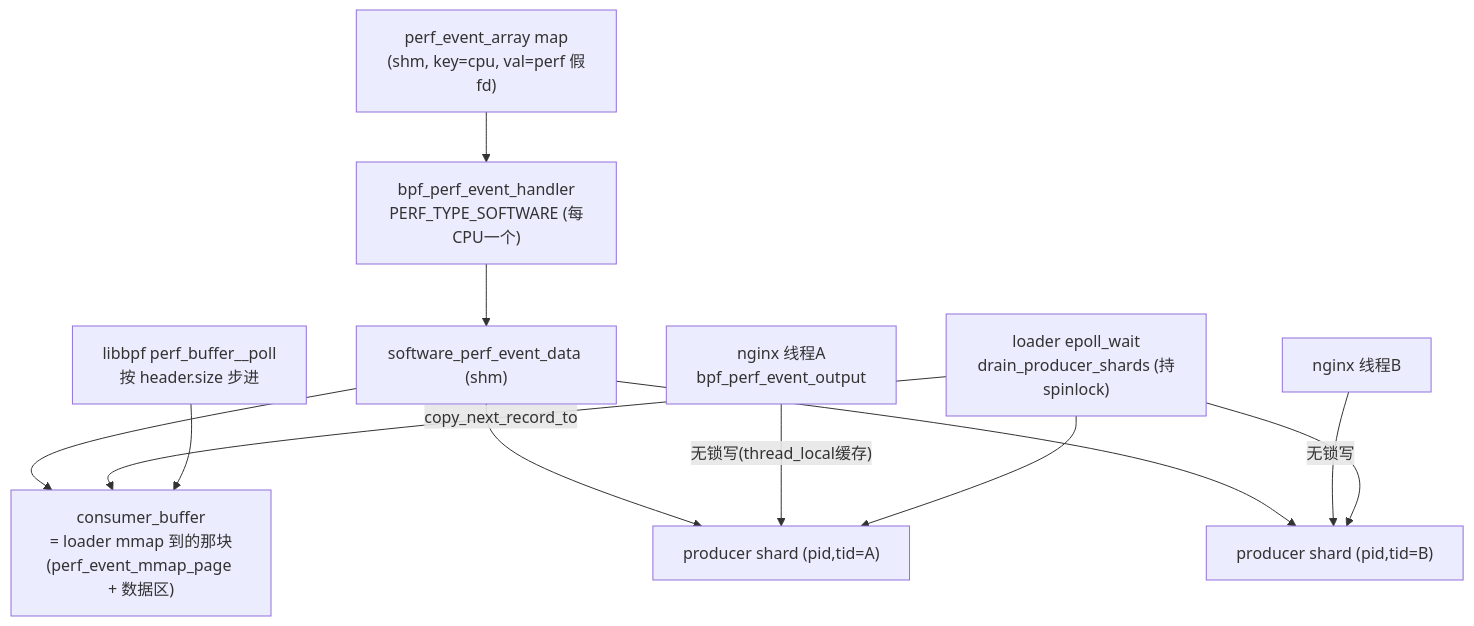
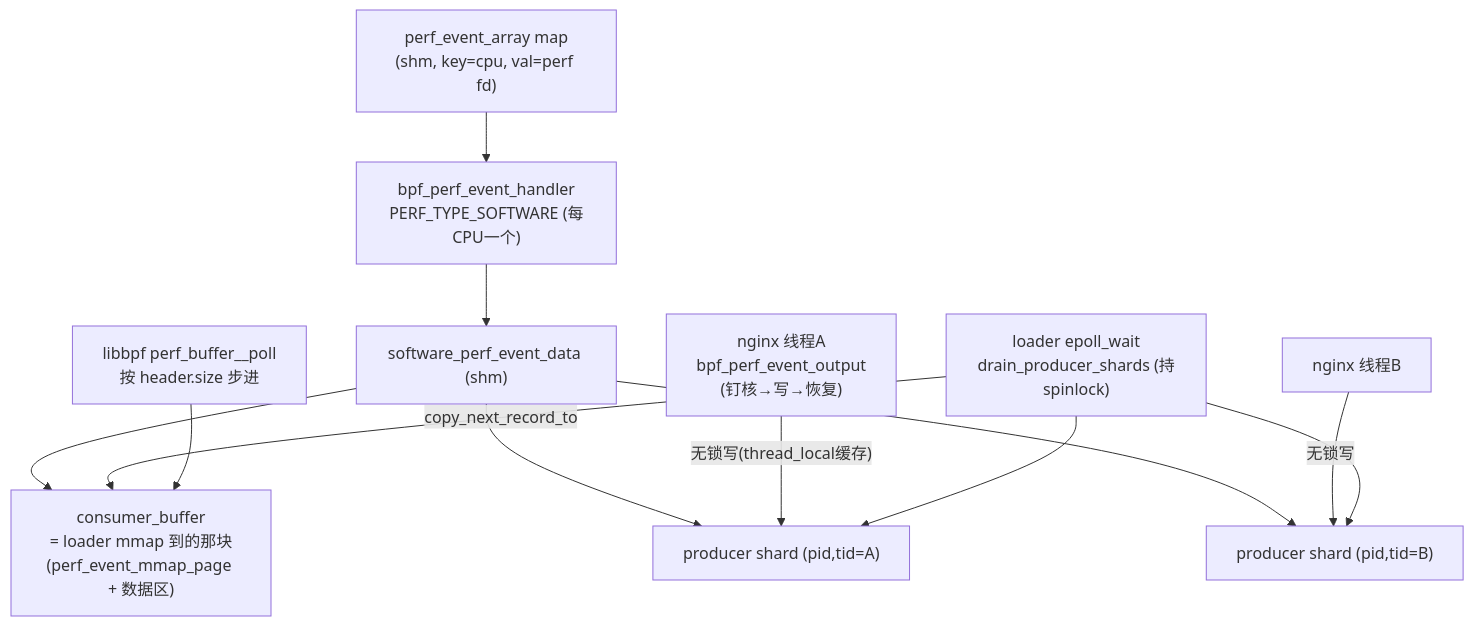
The second of 2 diagrams in 01-lifecycle.md (plsy1/bpftime-benchmark), drawn with Mermaid before and after one commit. The commit also changed other lines of this file and 9 other files, not shown here.

````diff
--- a/01-lifecycle.md
+++ b/01-lifecycle.md
@@ -415,14 +628,14 @@
 ```mermaid
 graph TD
-    PEA["perf_event_array map<br/>(shm, key=cpu, val=perf 假fd)"] --> H["bpf_perf_event_handler<br/>PERF_TYPE_SOFTWARE (每CPU一个)"]
+    PEA["perf_event_array map<br/>(shm, key=cpu, val=perf fd)"] --> H["bpf_perf_event_handler<br/>PERF_TYPE_SOFTWARE (每CPU一个)"]
     H --> D["software_perf_event_data (shm)"]
     D --> CB["consumer_buffer<br/>= loader mmap 到的那块<br/>(perf_event_mmap_page + 数据区)"]
     D --> S1["producer shard (pid,tid=A)"]
     D --> S2["producer shard (pid,tid=B)"]
-    W1["nginx 线程A<br/>bpf_perf_event_output"] -->|"无锁写(thread_local缓存)"| S1
+    W1["nginx 线程A<br/>bpf_perf_event_output<br/>(钉核→写→恢复)"] -->|"无锁写(thread_local缓存)"| S1
     W2["nginx 线程B"] -->|无锁写| S2
     DR["loader epoll_wait<br/>drain_producer_shards (持spinlock)"] --> S1
     DR --> S2
     DR -->|copy_next_record_to| CB
     LB["libbpf perf_buffer__poll<br/>按 header.size 步进"] --> CB
 ```
````
